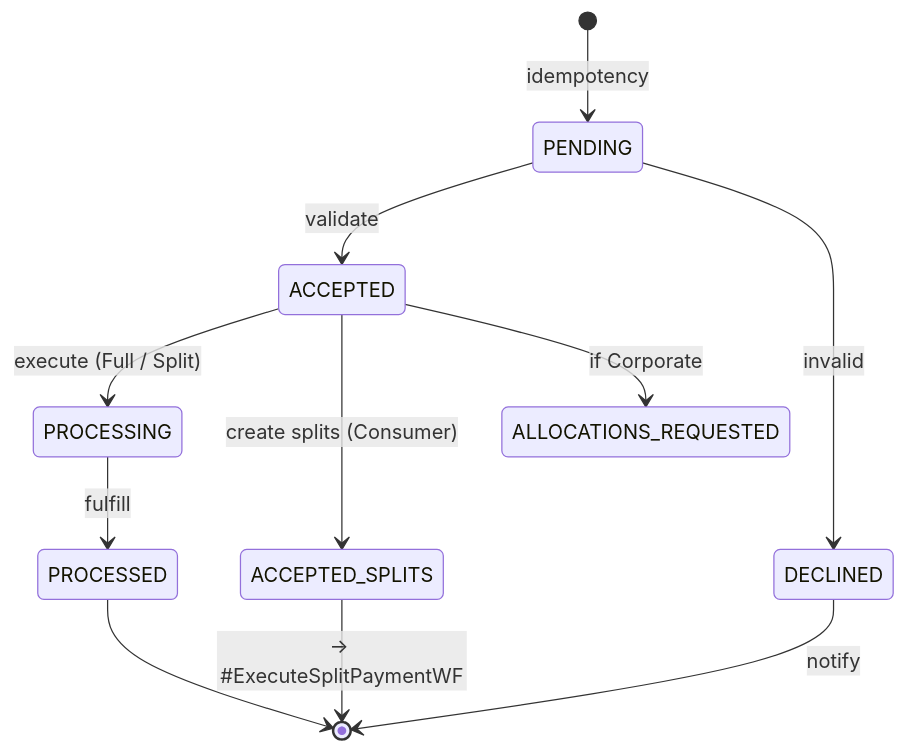
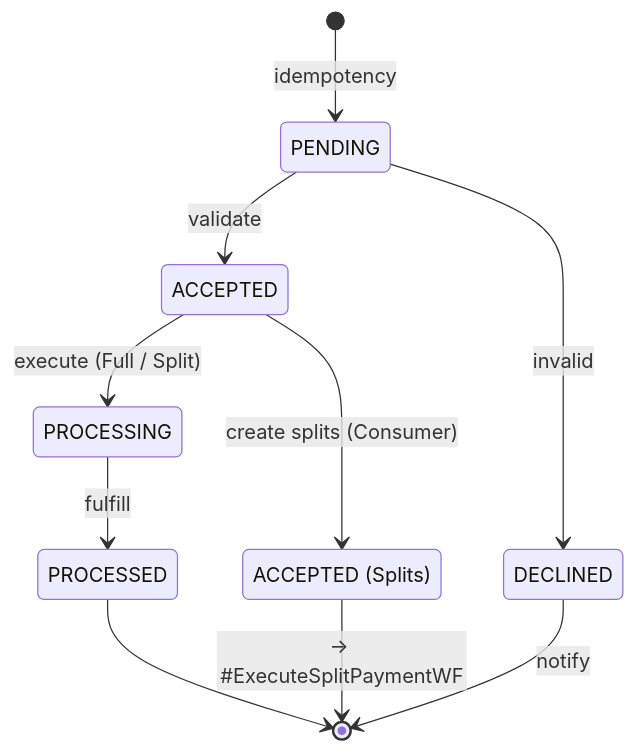
One commit to arunav-bhattacharya/billpay-docs changed the first of 12 diagrams in docs/design/diagrams/state-diagram.md. Above: the diagram before and after it, drawn with Mermaid. The commit also changed other lines of this file and 7 other files, not shown here.

````diff
--- a/docs/design/diagrams/state-diagram.md
+++ b/docs/design/diagrams/state-diagram.md
@@ -17,16 +17,16 @@
 ```mermaid
 stateDiagram-v2
   [*] --> PENDING: idempotency
   PENDING --> ACCEPTED: validate
   PENDING --> DECLINED: invalid
 
   ACCEPTED --> PROCESSING: execute (Full / Split)
   PROCESSING --> PROCESSED: fulfill
 
+  state "ACCEPTED (Splits)" as ACCEPTED_SPLITS
   ACCEPTED --> ACCEPTED_SPLITS: create splits (Consumer)
   ACCEPTED_SPLITS --> [*]: → #ExecuteSplitPaymentWF
-  ACCEPTED --> ALLOCATIONS_REQUESTED: if Corporate
 
   DECLINED --> [*]: notify
   PROCESSED --> [*]
 ```
````
